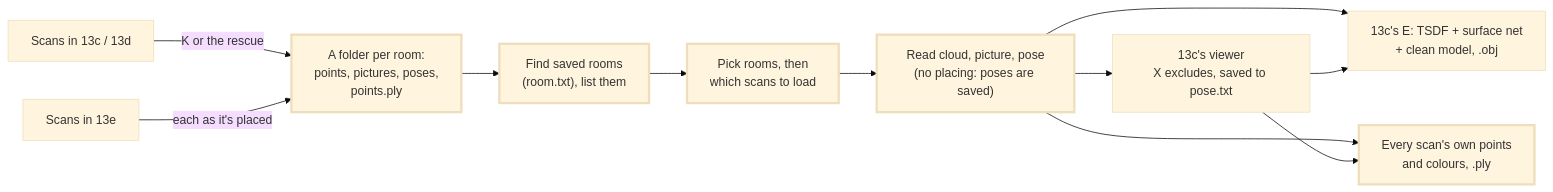
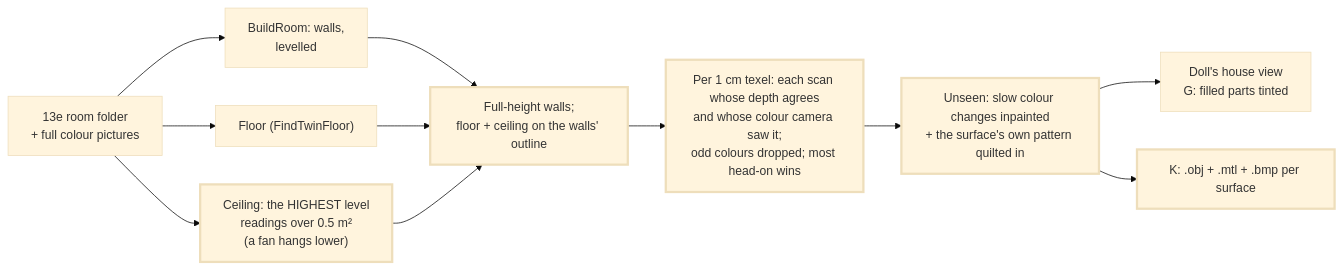
Before and after one commit to Kramav/Spotter: diagram 29 of 32 in exercises/cpp/EXAMPLES.md, drawn with Mermaid (base theme). The commit also changed other lines of this file and 24 other files, not shown here.

````diff
--- a/exercises/cpp/EXAMPLES.md
+++ b/exercises/cpp/EXAMPLES.md
@@ -670,16 +666,16 @@
 ```mermaid
 flowchart LR
-    SC["Scans in 13c / 13d"] -->|K or the rescue| FO["A folder per room:<br/>points, pictures, poses,<br/>points.ply"]
-    SE["Scans in 13e"] -->|each as it's placed| FO
-    FO --> FIND["Find saved rooms<br/>(room.txt), list them"]
-    FIND --> PICK["Pick rooms, then<br/>which scans to load"]
-    PICK --> LOAD["Read cloud, picture, pose<br/>(no placing: poses are saved)"]
-    LOAD --> VIEW["13c's viewer<br/>X excludes, saved to pose.txt"]
-    LOAD --> OBJ["13c's E: TSDF + surface net<br/>+ clean model, .obj"]
-    LOAD --> PLY["Every scan's own points<br/>and colours, .ply"]
-    VIEW --> OBJ
-    VIEW --> PLY
+    FOLD["13e room folder<br/>+ full colour pictures"] --> BR["BuildRoom: walls,<br/>levelled"]
+    FOLD --> FL["Floor (FindTwinFloor)"]
+    FOLD --> CE["Ceiling: the HIGHEST level<br/>readings over 0.5 m²<br/>(a fan hangs lower)"]
+    BR --> SURF["Full-height walls;<br/>floor + ceiling on the walls' outline"]
+    FL --> SURF
+    CE --> SURF
+    SURF --> TEX["Per 1 cm texel: each scan whose depth agrees<br/>and whose colour camera saw it;<br/>odd colours dropped; most head-on wins"]
+    TEX --> FILL["Unseen: slow colour changes inpainted<br/>+ the surface's own pattern quilted in"]
+    FILL --> VIEW["Doll's house view<br/>G: filled parts tinted"]
+    FILL --> OBJ["K: .obj + .mtl + .bmp per surface"]
 
     classDef new stroke-width:3px
-    class FO,FIND,PICK,LOAD,PLY new
+    class CE,SURF,TEX,FILL,OBJ new
 ```
````
